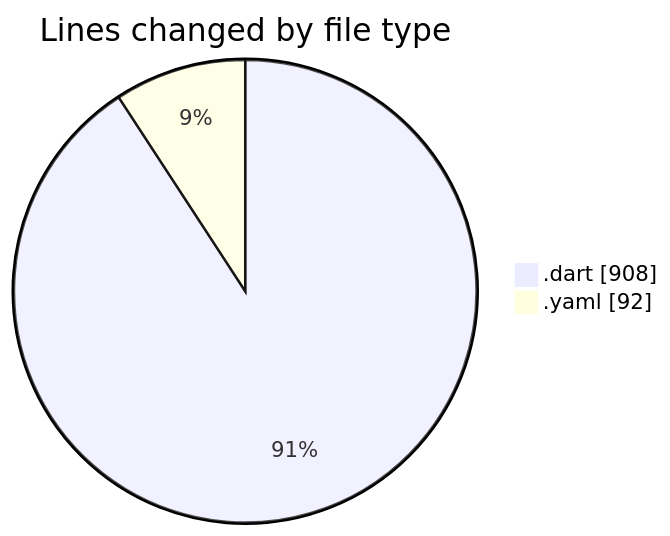
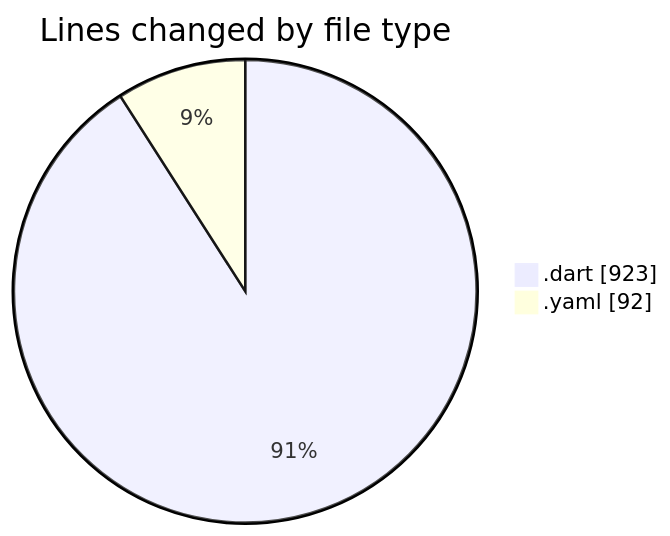
Before and after one commit to donsfak/code-tracking: the first of 2 diagrams in 2025-03-27/wordle/README.md, drawn with Mermaid. The commit also changed other lines of this file and 1 other file, not shown here.

````diff
--- a/2025-03-27/wordle/README.md
+++ b/2025-03-27/wordle/README.md
@@ -28,6 +28,6 @@
 ```mermaid
 pie showData
 title Lines changed by file type
-".dart" : 908
+".dart" : 923
 ".yaml" : 92
 ```
````
